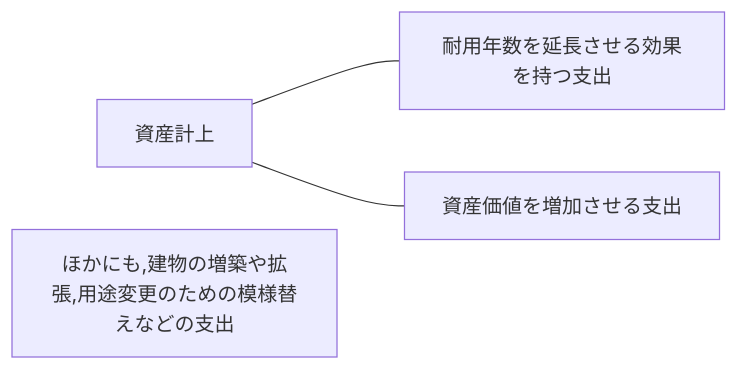
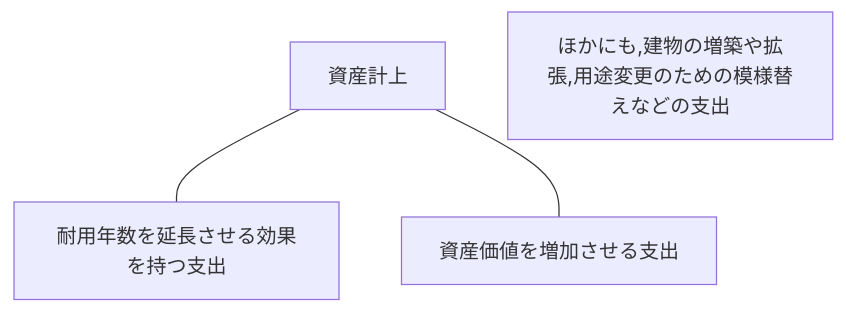
Before and after one commit to bebetakumi/mermaid: the third of 5 diagrams in 固定資産/資本的支出と収益的支出.md, drawn with Mermaid.

````diff
--- a/固定資産/資本的支出と収益的支出.md
+++ b/固定資産/資本的支出と収益的支出.md
@@ -20,8 +20,8 @@
 ```mermaid
-flowchart LR
+flowchart TD
 
 資産計上 --- 耐用年数を延長させる効果を持つ支出 & 資産価値を増加させる支出
 
 ほかにも,建物の増築や拡張,用途変更のための模様替えなどの支出
 
 ```
````
